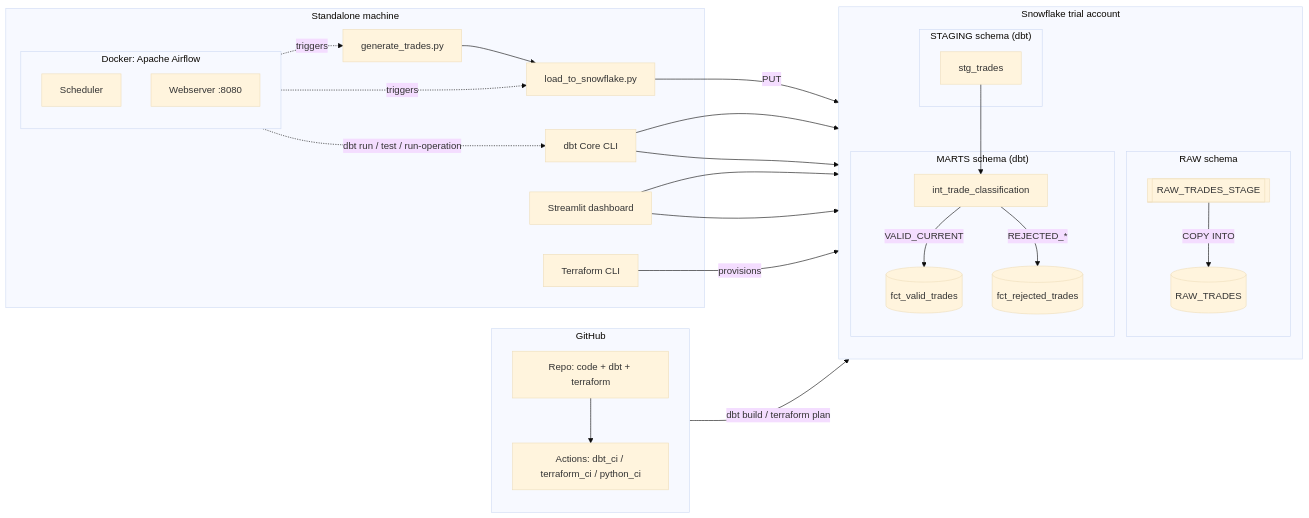
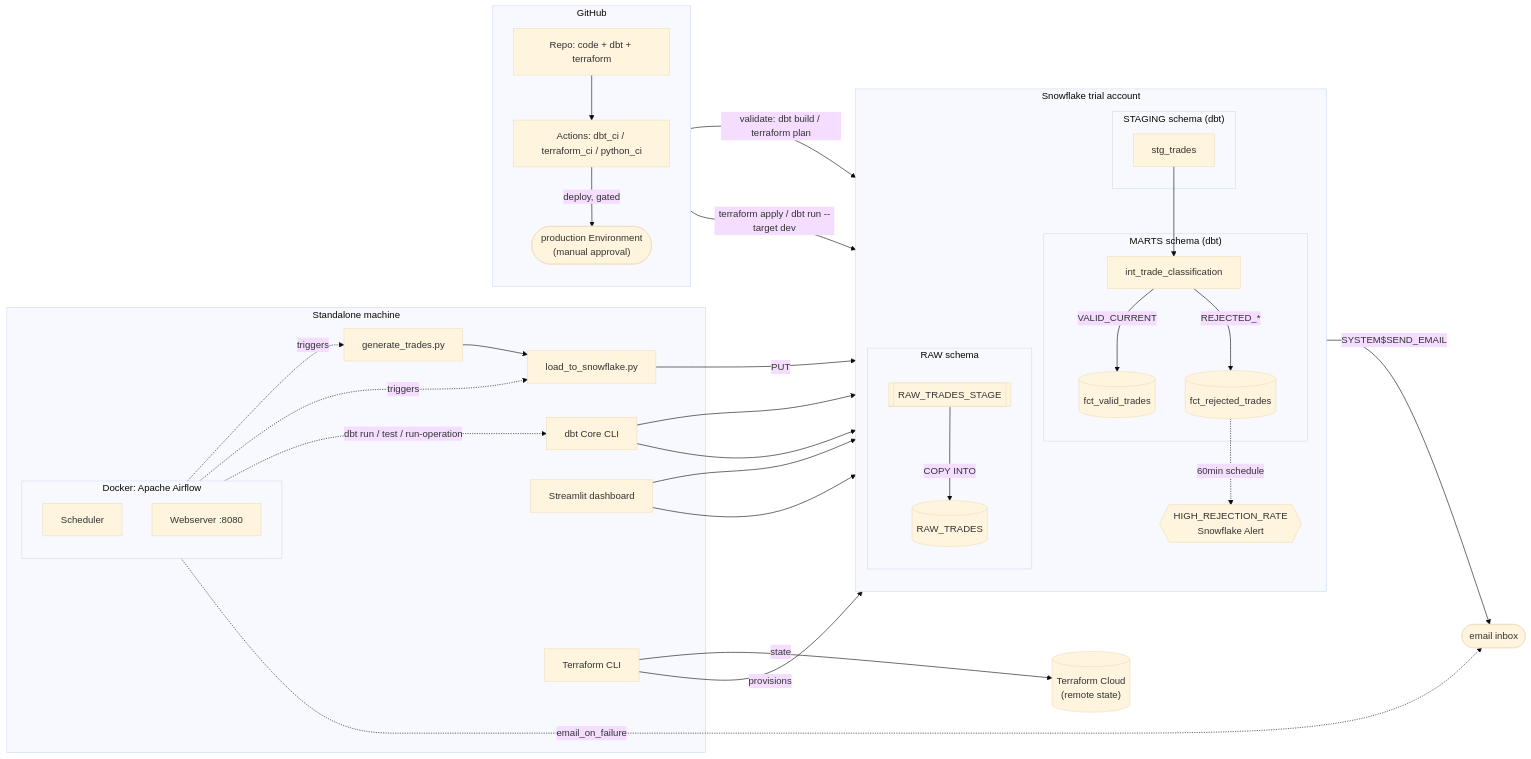
The diagram in README.md (ramanjaneyulu73/trade-etl-case-study), drawn with Mermaid (base theme) before and after one commit. The commit also changed other lines of this file and 4 other files, not shown here.

````diff
--- a/README.md
+++ b/README.md
@@ -26,54 +28,66 @@
 ```mermaid
 flowchart LR
     subgraph LOCAL["Standalone machine"]
         Gen["generate_trades.py"]
         Load["load_to_snowflake.py"]
         DbtCli["dbt Core CLI"]
         Dash["Streamlit dashboard"]
         TF["Terraform CLI"]
         subgraph AF["Docker: Apache Airflow"]
             direction TB
             Sched["Scheduler"]
             Web["Webserver :8080"]
         end
     end
 
+    TFC[("Terraform Cloud\n(remote state)")]
+
     subgraph SF["Snowflake trial account"]
         direction TB
         subgraph RAWS["RAW schema"]
             Stage[["RAW_TRADES_STAGE"]]
             RawTable[("RAW_TRADES")]
         end
         subgraph STGS["STAGING schema (dbt)"]
             StgView["stg_trades"]
         end
         subgraph MARTS["MARTS schema (dbt)"]
             Classify["int_trade_classification"]
             Valid[("fct_valid_trades")]
             Rejected[("fct_rejected_trades")]
         end
+        Alert{{"HIGH_REJECTION_RATE\nSnowflake Alert"}}
     end
+
+    Inbox(["email inbox"])
 
     subgraph GH["GitHub"]
         direction TB
         Repo["Repo: code + dbt + terraform"]
         CI["Actions: dbt_ci / terraform_ci / python_ci"]
+        Env(["production Environment\n(manual approval)"])
     end
 
     Gen --> Load
     Load -- "PUT" --> Stage
     Stage -- "COPY INTO" --> RawTable
     Sched -. triggers .-> Gen
     Sched -. triggers .-> Load
     Sched -. "dbt run / test / run-operation" .-> DbtCli
     DbtCli --> RawTable
     DbtCli --> StgView
     StgView --> Classify
     Classify -- "VALID_CURRENT" --> Valid
     Classify -- "REJECTED_*" --> Rejected
+    Rejected -. "60min schedule" .-> Alert
+    Alert -- "SYSTEM$SEND_EMAIL" --> Inbox
+    Web -. "email_on_failure" .-> Inbox
     Dash --> Valid
     Dash --> Rejected
+    TF -- "state" --> TFC
     TF -- provisions --> SF
     Repo --> CI
-    CI -- "dbt build / terraform plan" --> SF
+    CI -- "validate: dbt build / terraform plan" --> SF
+    CI -- "deploy, gated" --> Env
+    Env -- "terraform apply / dbt run --target dev" --> SF
 ```
````
